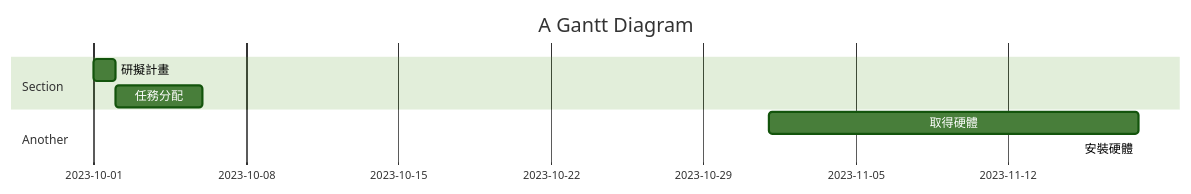
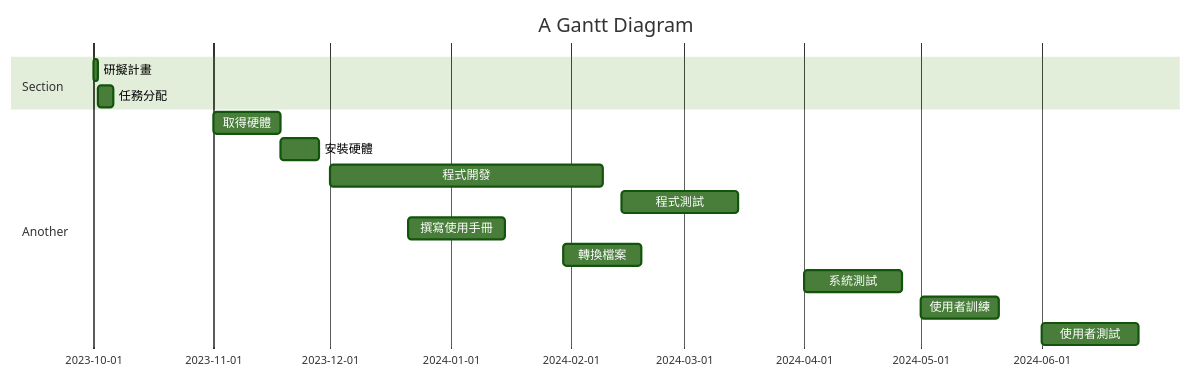
One commit to ayaka116/C110118116 changed the diagram in hw2.md. Above: the diagram before and after it, drawn with Mermaid (forest theme).

````diff
--- a/hw2.md
+++ b/hw2.md
@@ -4,11 +4,22 @@
 ```mermaid
 gantt
     title A Gantt Diagram
 
     section Section
     研擬計畫           :a1, 2023-10-01, 1d
     任務分配     :after a1  , 4d
     section Another
-    取得硬體      :a3, 2023-11-01  , 17d
-    安裝硬體      :after a3 24d
+    取得硬體      :a2, 2023-11-01  , 17d
+    安裝硬體      :after a2, 10d
+    section Another
+    程式開發      :a3, 2023-12-01, 70d
+    程式測試    :after a3, 2024-02-14, 30d
+    section Another
+    撰寫使用手冊    :a4, 2023-12-21, 25d
+    轉換檔案    :a5, 2024-01-30, 20d
+    系統測試    :a6, 2024-04-01, 25d
+    section Another
+    使用者訓練    :a7, 2024-05-01,20d
+    使用者測試    :after a7, 2024-06-01 ,25d
+
 ```
````
